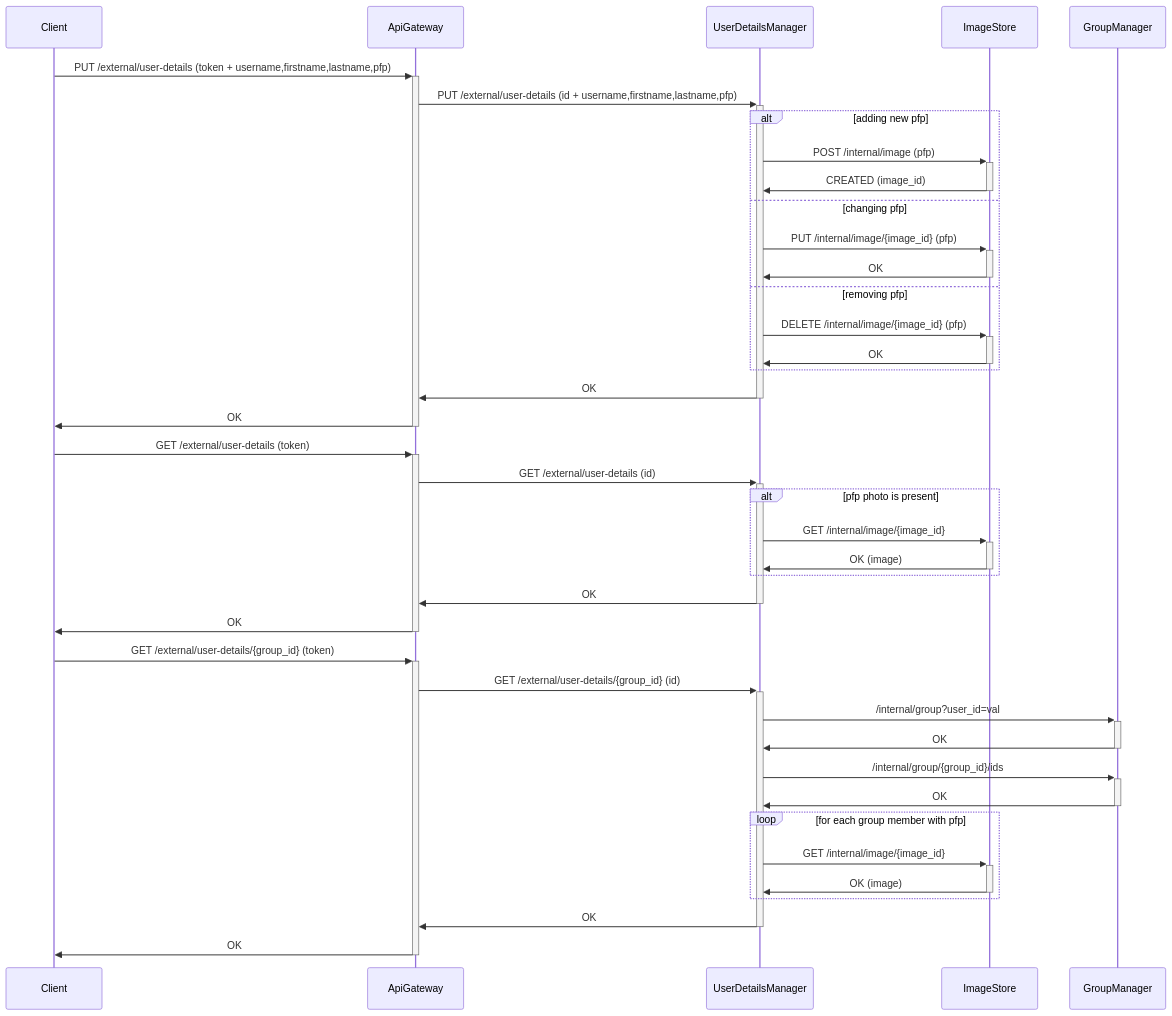
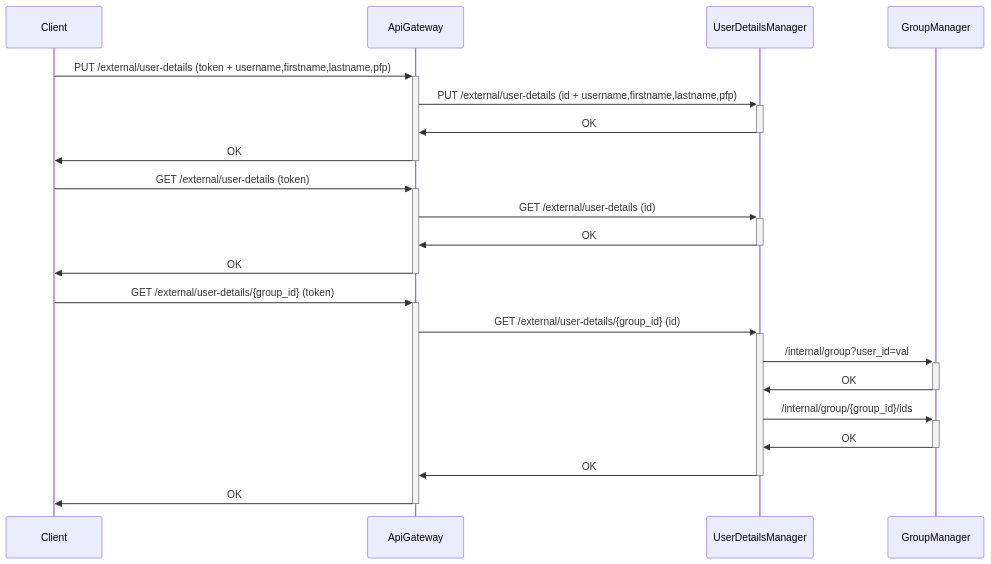
One commit to Group-Expense-Manager/gem-docs changed the third of 10 diagrams in docs/diagrams.md. Above: the diagram before and after it, drawn with Mermaid. The commit also changed other lines of this file, not shown here.

Commit message:
added ImageStore diagram

````diff
--- a/docs/diagrams.md
+++ b/docs/diagrams.md
@@ -104,42 +104,22 @@
 ``` mermaid
 sequenceDiagram
 
 Client->>+ApiGateway: PUT /external/user-details (token + username,firstname,lastname,pfp)
 ApiGateway->>+UserDetailsManager: PUT /external/user-details (id + username,firstname,lastname,pfp)
-
-alt adding new pfp
-    UserDetailsManager->>+ImageStore: POST /internal/image (pfp)
-    ImageStore->>-UserDetailsManager: CREATED (image_id)
-else changing pfp
-    UserDetailsManager->>+ImageStore: PUT /internal/image/{image_id} (pfp)
-    ImageStore->>-UserDetailsManager: OK
-
-else removing pfp
-    UserDetailsManager->>+ImageStore: DELETE /internal/image/{image_id}  (pfp)
-    ImageStore->>-UserDetailsManager: OK
-end
 UserDetailsManager->>-ApiGateway: OK
 ApiGateway->>-Client: OK
 
 Client->>+ApiGateway: GET /external/user-details (token)
 ApiGateway->>+UserDetailsManager: GET /external/user-details (id)
-alt pfp photo is present
-UserDetailsManager->>+ImageStore: GET /internal/image/{image_id} 
-ImageStore->>-UserDetailsManager: OK (image)
-end
 UserDetailsManager->>-ApiGateway: OK
 ApiGateway->>-Client: OK
 
 Client->>+ApiGateway: GET /external/user-details/{group_id} (token)
 ApiGateway->>+UserDetailsManager: GET /external/user-details/{group_id} (id)
 UserDetailsManager->>+ GroupManager: /internal/group?user_id=val
 GroupManager->>- UserDetailsManager: OK
 UserDetailsManager->>+ GroupManager: /internal/group/{group_id}/ids
 GroupManager->>- UserDetailsManager: OK
-loop for each group member with pfp
-UserDetailsManager->>+ImageStore: GET /internal/image/{image_id} 
-ImageStore->>-UserDetailsManager: OK (image)
-end
 UserDetailsManager->>-ApiGateway: OK
 ApiGateway->>-Client: OK
 ```
````
